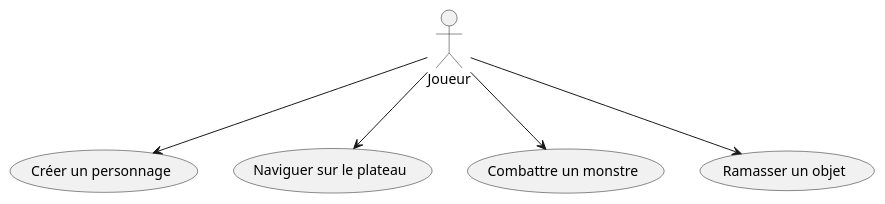
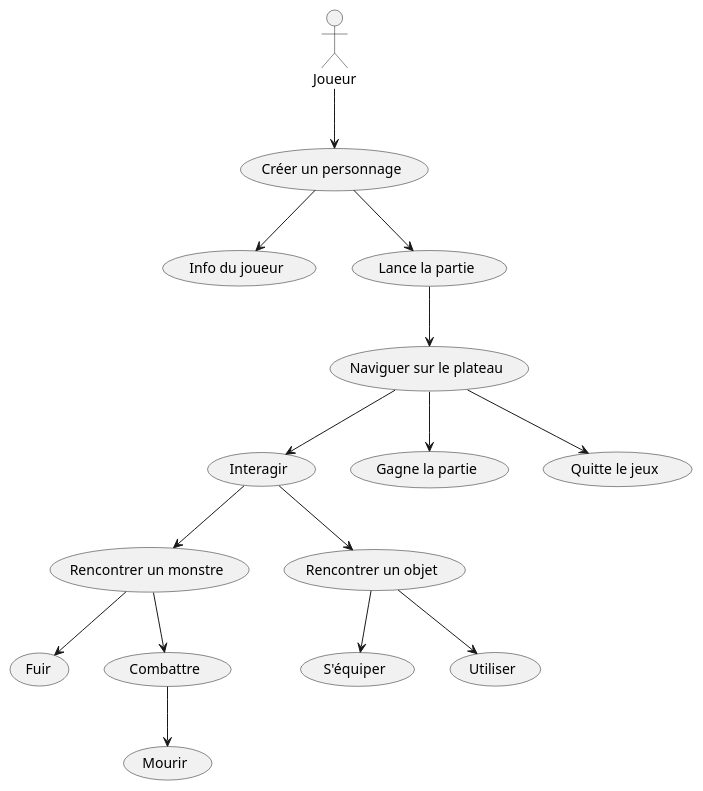
The diagram in use_case_diagram.puml (Lucasrdh/JavaJdr), drawn with PlantUML before and after one commit. The commit also changed 19 other files, not shown here.

```diff
--- a/use_case_diagram.puml
+++ b/use_case_diagram.puml
@@ -2,16 +2,42 @@
 @startuml
 'Diagramme de cas d'utilisation pour le jeu JavaJDR
 
 actor Joueur as player
 
 usecase "Créer un personnage" as UC_CreerPersonnage
 usecase "Naviguer sur le plateau" as UC_NaviguerPlateau
-usecase "Combattre un monstre" as UC_CombattreMonstre
-usecase "Ramasser un objet" as UC_RamasserObjet
+usecase "Rencontrer un monstre" as UC_RencontrerMonstre
+usecase "Rencontrer un objet" as UC_RencontrerObjet
+usecase "Info du joueur" as UC_InfoJoueur
+usecase "Interagir" as UC_Interagir
+usecase "S'équiper" as UC_Equiper
+usecase "Fuir" as UC_Fuir
+usecase "Combattre" as UC_Combattre
+usecase "Lance la partie" as UC_Partie
+usecase "Gagne la partie" as UC_Gagner
+usecase "Quitte le jeux" as UC_Quitter
+usecase "Utiliser" as UC_Utiliser
+usecase "Mourir" as UC_Mourir
 
 player --> UC_CreerPersonnage
-player --> UC_NaviguerPlateau
-player --> UC_CombattreMonstre
-player --> UC_RamasserObjet
 
+UC_CreerPersonnage --> UC_Partie
+UC_CreerPersonnage --> UC_InfoJoueur
+
+UC_Partie --> UC_NaviguerPlateau
+
+UC_NaviguerPlateau --> UC_Interagir
+UC_NaviguerPlateau --> UC_Gagner
+UC_NaviguerPlateau --> UC_Quitter
+
+UC_Interagir --> UC_RencontrerMonstre
+UC_Interagir --> UC_RencontrerObjet
+
+UC_RencontrerObjet --> UC_Equiper
+UC_RencontrerObjet --> UC_Utiliser
+
+UC_RencontrerMonstre --> UC_Fuir
+UC_RencontrerMonstre --> UC_Combattre
+
+UC_Combattre --> UC_Mourir
 @enduml
```
